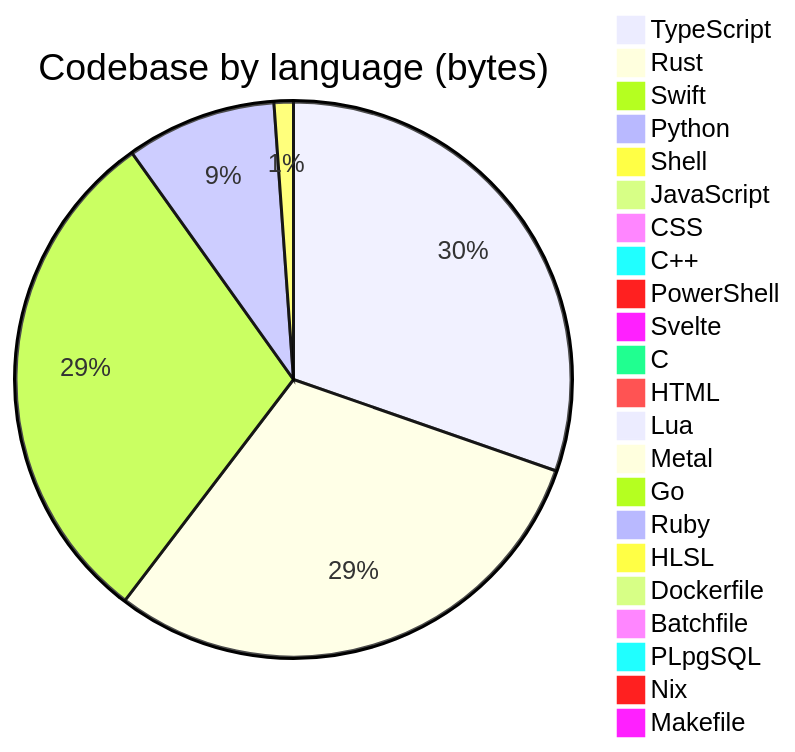
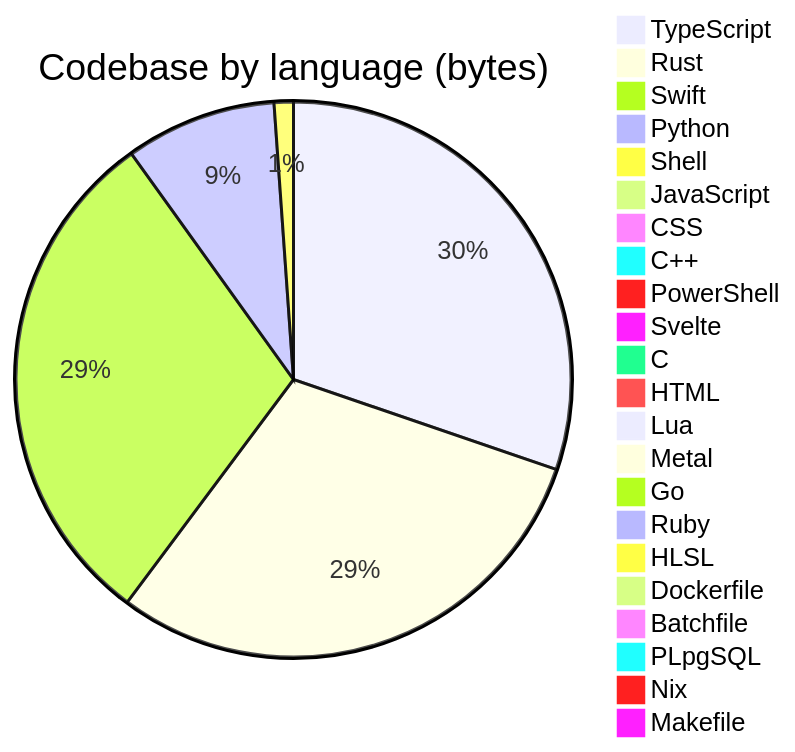
The diagram in profile/README.md (Open330/.github), drawn with Mermaid before and after one commit. The commit also changed other lines of this file and 1 other file, not shown here.

````diff
--- a/profile/README.md
+++ b/profile/README.md
@@ -139,25 +139,25 @@
 ```mermaid
 pie title Codebase by language (bytes)
-    "TypeScript" : 39471540
+    "TypeScript" : 39476065
     "Rust" : 39091164
-    "Swift" : 38750481
-    "Python" : 11358353
+    "Swift" : 38999940
+    "Python" : 11461108
     "Shell" : 1464471
     "JavaScript" : 986947
     "CSS" : 521507
     "C++" : 388775
     "PowerShell" : 333788
     "Svelte" : 275766
     "C" : 197825
     "HTML" : 179522
     "Lua" : 48814
     "Metal" : 33192
     "Go" : 22811
     "Ruby" : 9499
     "HLSL" : 7527
     "Dockerfile" : 7454
     "Batchfile" : 5660
     "PLpgSQL" : 5283
     "Nix" : 3168
     "Makefile" : 1692
 ```
````
